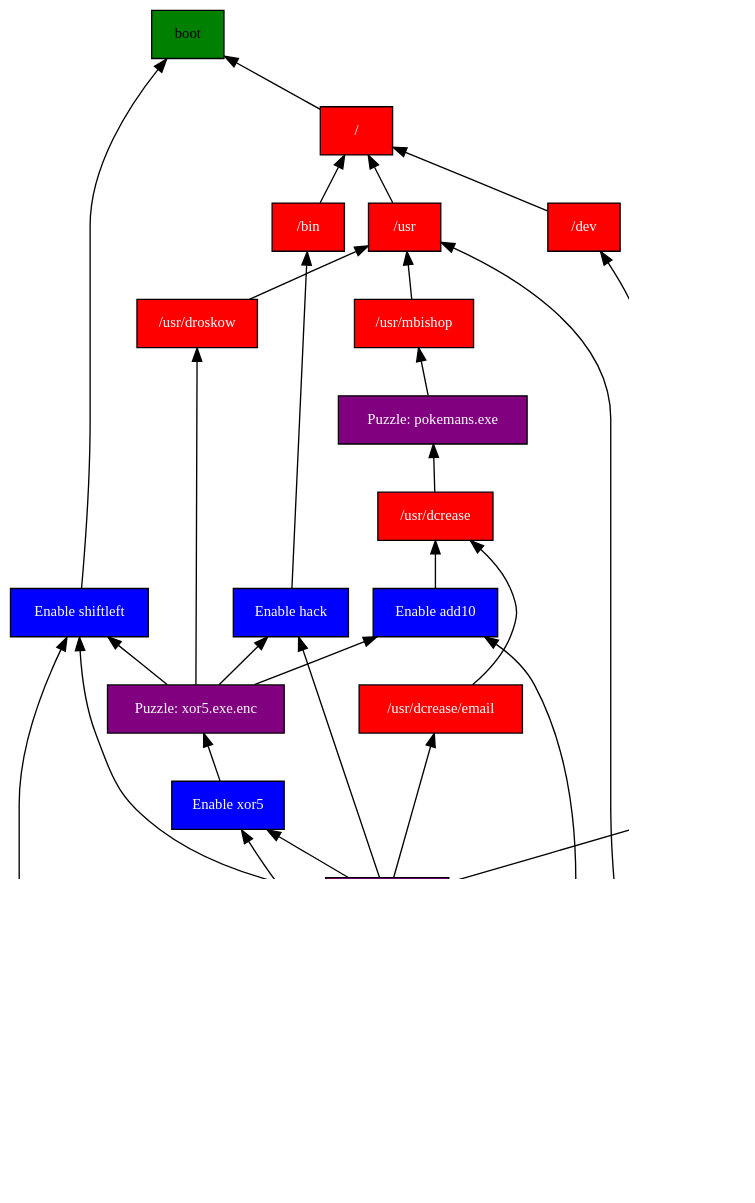
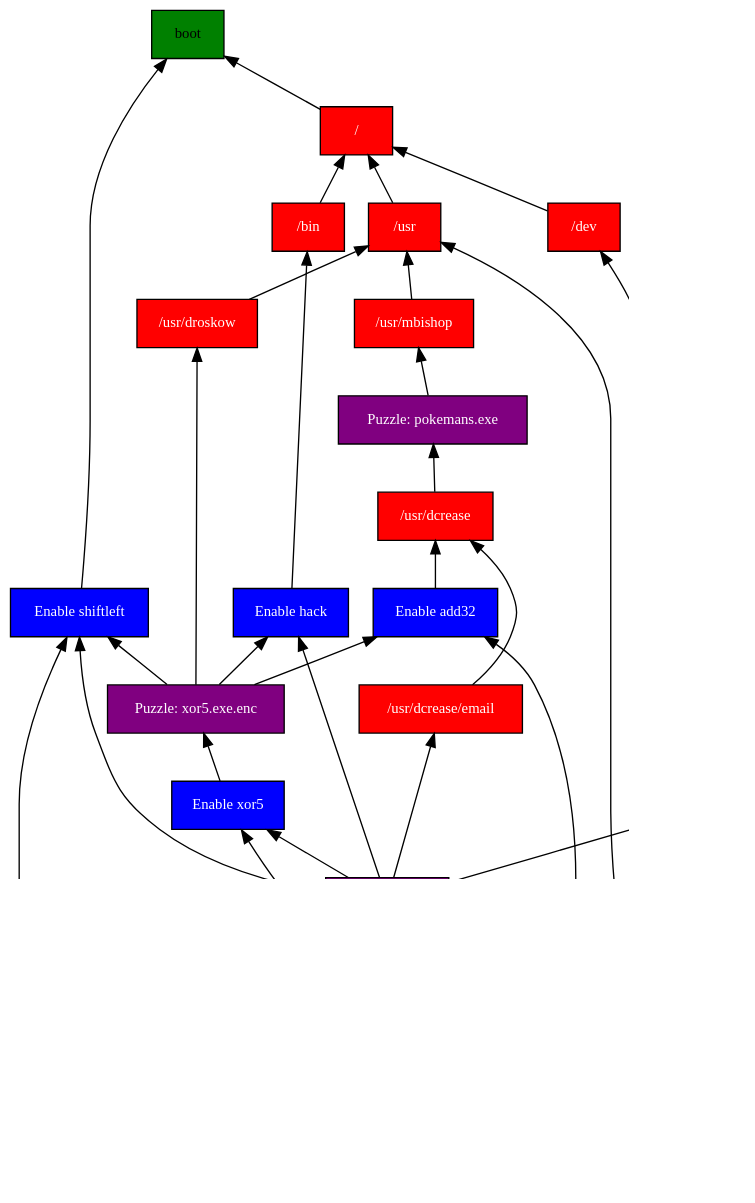
One commit to pikkpoiss/ld36 changed the diagram in NonUnityAssets/Dependencies/chart.dot. Above: the diagram before and after it, drawn with Graphviz. The commit also changed 5 other files, not shown here.

```diff
--- a/NonUnityAssets/Dependencies/chart.dot
+++ b/NonUnityAssets/Dependencies/chart.dot
@@ -1,79 +1,79 @@
 digraph {
   node [shape=box, fontsize=11, fillcolor=white, style=filled]
   graph [dpi = 100]
   rankdir=BT
 
   enable_left [label="Enable shiftleft", fillcolor=blue, fontcolor=white]
   enable_xor5 [label="Enable xor5", fillcolor=blue, fontcolor=white]
   enable_hack [label="Enable hack", fillcolor=blue, fontcolor=white]
   enable_invert [label="Enable invert", fillcolor=blue, fontcolor=white]
-  enable_add10 [label="Enable add10", fillcolor=blue, fontcolor=white]
+  enable_add32 [label="Enable add32", fillcolor=blue, fontcolor=white]
 
 
   puzzle_led [label="Puzzle: LED", fillcolor=purple, fontcolor=white]
   puzzle_pokemans [label="Puzzle: pokemans.exe", fillcolor=purple, fontcolor=white]
   puzzle_xor5 [label="Puzzle: xor5.exe.enc", fillcolor=purple, fontcolor=white]
   puzzle_email [label="Puzzle: email", fillcolor=purple, fontcolor=white]
   puzzle_spaceplans [label="Puzzle: spaceplans", fillcolor=purple, fontcolor=white]
 
   boot [fillcolor=green]
   root [label="/", fillcolor=red, fontcolor=white]
   win [fillcolor=green]
 
   usr [label="/usr", fillcolor=red, fontcolor=white]
   dev [label="/dev", fillcolor=red, fontcolor=white]
   bin [label="/bin", fillcolor=red, fontcolor=white]
   {rank=same; usr; dev; bin}
 
   usr_root [label="/usr/root", fillcolor=red, fontcolor=white]
   usr_mbishop [label="/usr/mbishop", fillcolor=red, fontcolor=white]
   usr_dcrease [label="/usr/dcrease", fillcolor=red, fontcolor=white]
   usr_dcrease_email [label="/usr/dcrease/email", fillcolor=red, fontcolor=white]
   usr_droskow [label="/usr/droskow", fillcolor=red, fontcolor=white]
   {rank=same; usr_mbishop; usr_droskow}
 
   root -> boot
   enable_left -> boot
 
   dev -> root
   bin -> root
   usr -> root
 
   usr_mbishop -> usr
   usr_dcrease -> puzzle_pokemans
   usr_dcrease_email -> usr_dcrease
   usr_droskow -> usr
 
   usr_root -> puzzle_email
   usr_root -> usr
 
   enable_hack -> bin
 
   puzzle_led -> dev
 
   puzzle_pokemans -> usr_mbishop
 
   puzzle_xor5 -> enable_hack
   puzzle_xor5 -> enable_left
-  puzzle_xor5 -> enable_add10
+  puzzle_xor5 -> enable_add32
   puzzle_xor5 -> usr_droskow
 
   enable_xor5 -> puzzle_xor5
 
   puzzle_email -> enable_hack
   puzzle_email -> enable_xor5
   puzzle_email -> enable_invert
   puzzle_email -> enable_left
   puzzle_email -> usr_dcrease_email
 
   puzzle_spaceplans -> enable_left
   puzzle_spaceplans -> enable_xor5
   puzzle_spaceplans -> enable_invert
-  puzzle_spaceplans -> enable_add10
+  puzzle_spaceplans -> enable_add32
   puzzle_spaceplans -> usr_root
 
   enable_invert -> puzzle_led
-  enable_add10 -> usr_dcrease
+  enable_add32 -> usr_dcrease
 
   win -> puzzle_spaceplans
 }
```
